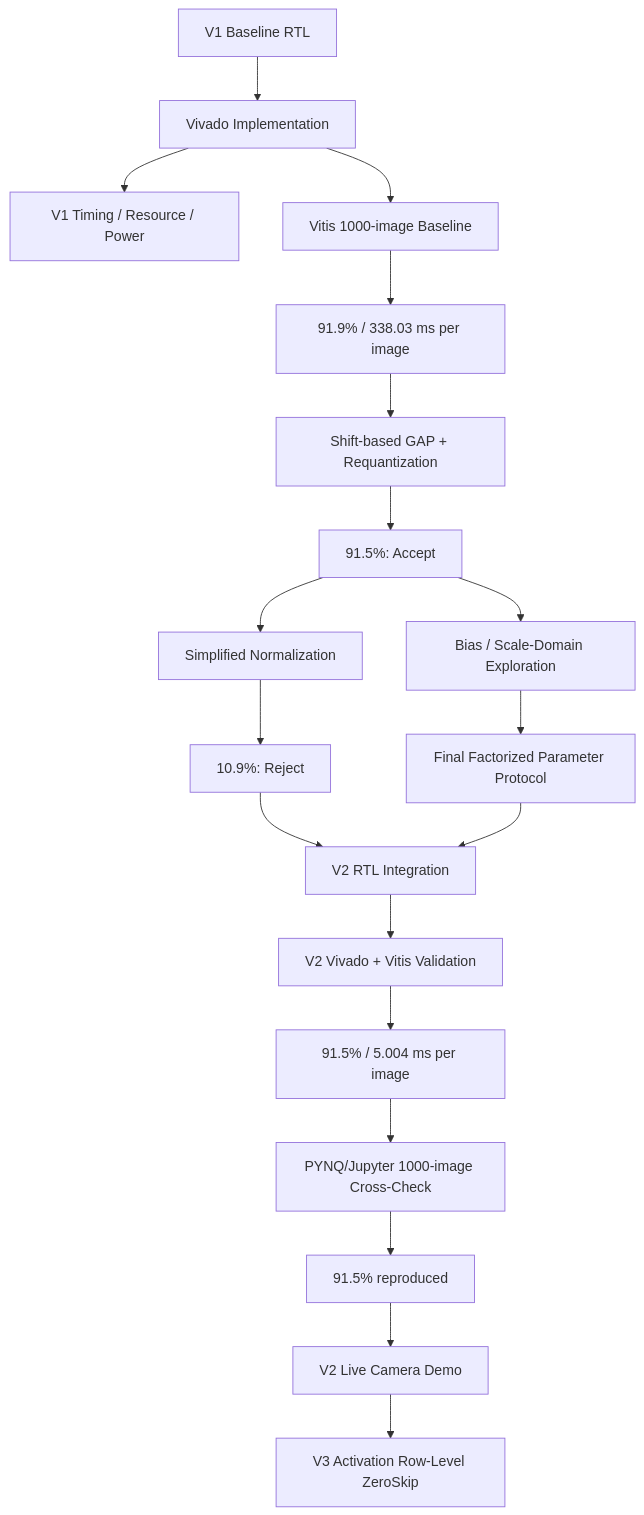
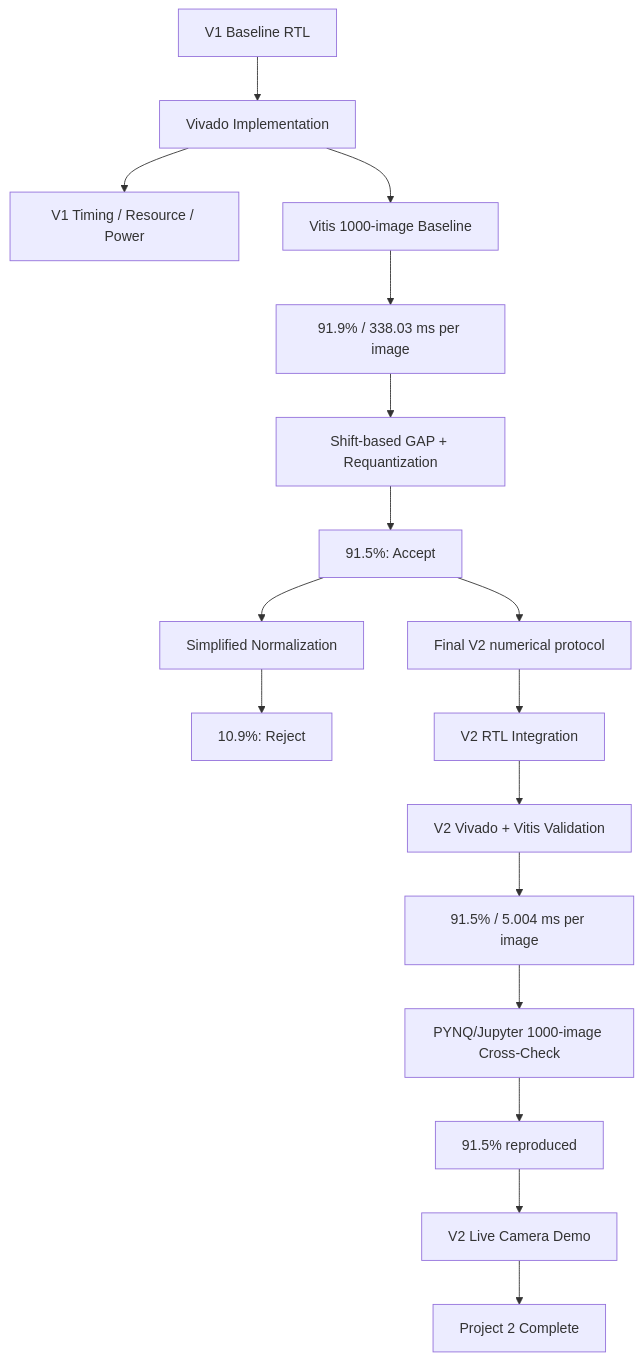
The diagram in docs/Experiments.md (kooseo1296-debug/Project-2), drawn with Mermaid before and after one commit. The commit also changed other lines of this file, not shown here.

````diff
--- a/docs/Experiments.md
+++ b/docs/Experiments.md
@@ -54,28 +35,21 @@
 ```mermaid
 flowchart TD
     A[V1 Baseline RTL] --> B[Vivado Implementation]
     B --> C[V1 Timing / Resource / Power]
     B --> D[Vitis 1000-image Baseline]
     D --> E[91.9% / 338.03 ms per image]
 
     E --> F[Shift-based GAP + Requantization]
     F --> G[91.5%: Accept]
-
     G --> H[Simplified Normalization]
     H --> I[10.9%: Reject]
 
-    G --> J[Bias / Scale-Domain Exploration]
-    J --> K[Final Factorized Parameter Protocol]
-
-    I --> L[V2 RTL Integration]
-    K --> L
-
-    L --> M[V2 Vivado + Vitis Validation]
-    M --> N[91.5% / 5.004 ms per image]
-
-    N --> O[PYNQ/Jupyter 1000-image Cross-Check]
-    O --> P[91.5% reproduced]
-
-    P --> Q[V2 Live Camera Demo]
-    Q --> R[V3 Activation Row-Level ZeroSkip]
+    G --> J[Final V2 numerical protocol]
+    J --> K[V2 RTL Integration]
+    K --> L[V2 Vivado + Vitis Validation]
+    L --> M[91.5% / 5.004 ms per image]
+    M --> N[PYNQ/Jupyter 1000-image Cross-Check]
+    N --> O[91.5% reproduced]
+    O --> P[V2 Live Camera Demo]
+    P --> Q[Project 2 Complete]
 ```
````
